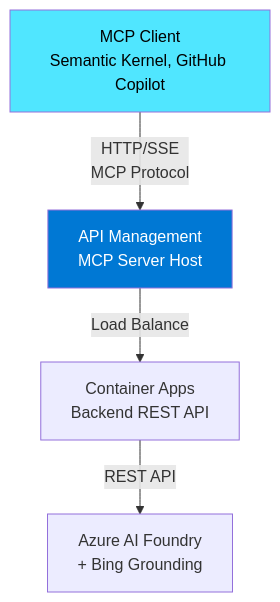
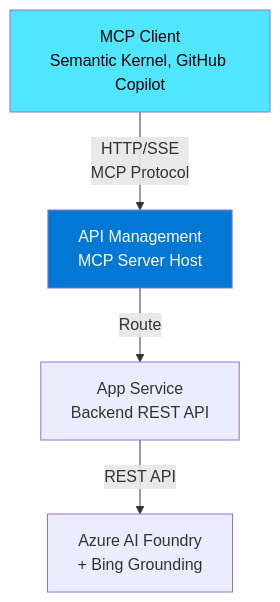
The diagram in docs/APIM_MCP_SERVER.md (drewelewis/ai-bing-grounding-mcp-appservice), drawn with Mermaid before and after one commit. The commit also changed other lines of this file and 20 other files, not shown here.

````diff
--- a/docs/APIM_MCP_SERVER.md
+++ b/docs/APIM_MCP_SERVER.md
@@ -9,14 +9,14 @@
 ```mermaid
 graph TB
     Client[MCP Client<br/>Semantic Kernel, GitHub Copilot]
     APIM[API Management<br/>MCP Server Host]
-    ContainerApps[Container Apps<br/>Backend REST API]
+    AppService[App Service<br/>Backend REST API]
     AIFoundry[Azure AI Foundry<br/>+ Bing Grounding]
     
     Client -->|HTTP/SSE<br/>MCP Protocol| APIM
-    APIM -->|Load Balance| ContainerApps
-    ContainerApps -->|REST API| AIFoundry
+    APIM -->|Route| AppService
+    AppService -->|REST API| AIFoundry
     
     style APIM fill:#0078d4,color:#fff
     style Client fill:#50e6ff,color:#000
 ```
````
